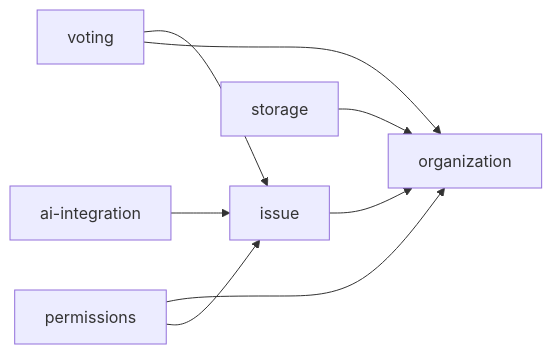
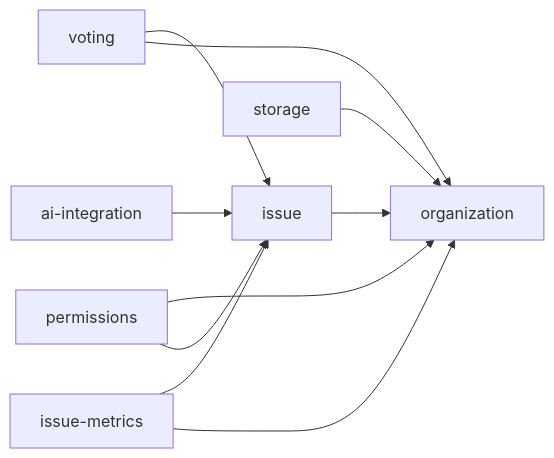
Before and after one commit to sneat-co/issue-number-one: the diagram in spec/features/README.md, drawn with Mermaid. The commit also changed other lines of this file and 3 other files, not shown here.

Commit message:
docs(spec): record admin handoff and issue metrics

````diff
--- a/spec/features/README.md
+++ b/spec/features/README.md
@@ -48,17 +53,20 @@
 ```mermaid
 graph LR
     ORG[organization]
     ISS[issue]
     VOT[voting]
     PERM[permissions]
     STOR[storage]
     AI[ai-integration]
+    MET[issue-metrics]
 
     ISS --> ORG
     VOT --> ISS
     VOT --> ORG
     PERM --> ORG
     PERM --> ISS
     STOR --> ORG
     AI --> ISS
+    MET --> ISS
+    MET --> ORG
 ```
````
